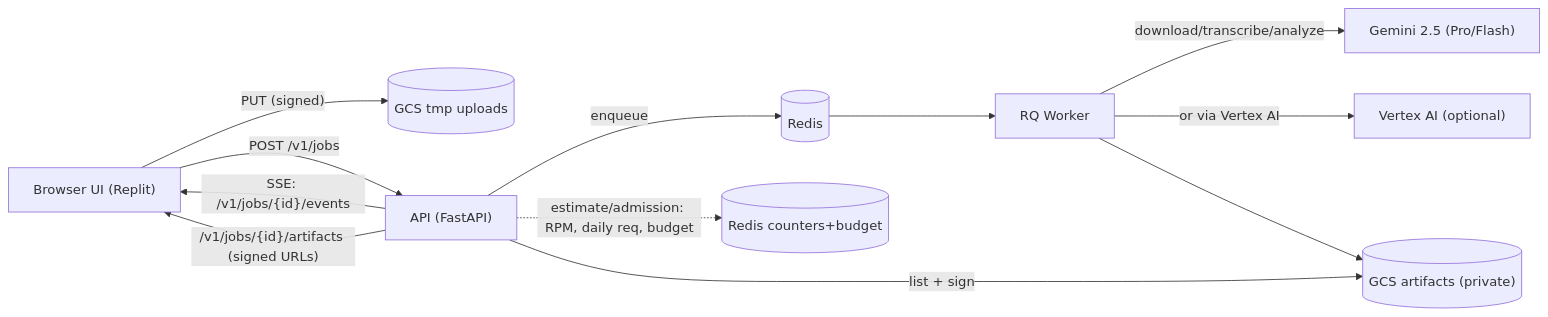
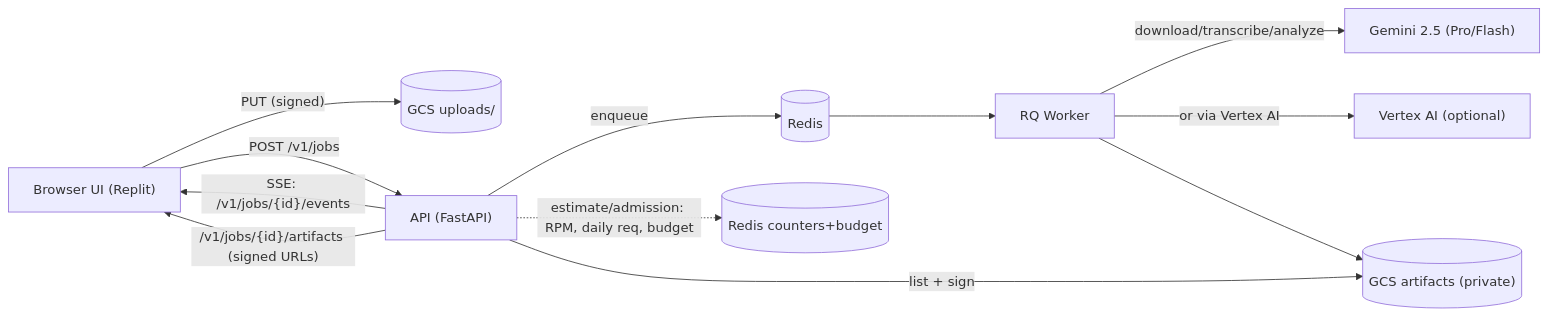
Before and after one commit to bubroz/clipscribe: the diagram in docs/architecture/ARCHITECTURE_DIAGRAM.md, drawn with Mermaid. The commit also changed 3 other files, not shown here.

Commit message:
docs: reflect HOST default and uploads/ prefix; add Replit Project Guide; update docs index

````diff
--- a/docs/architecture/ARCHITECTURE_DIAGRAM.md
+++ b/docs/architecture/ARCHITECTURE_DIAGRAM.md
@@ -7,18 +7,18 @@
 ```mermaid
 flowchart LR
-  B["Browser UI (Replit)"] -- "PUT (signed)" --> T[("GCS tmp uploads")]
+  B["Browser UI (Replit)"] -- "PUT (signed)" --> T[("GCS uploads/")]
   B -- "POST /v1/jobs" --> A["API (FastAPI)"]
   A -- "SSE: /v1/jobs/{id}/events" --> B
   A -- "/v1/jobs/{id}/artifacts (signed URLs)" --> B
 
   A -- "enqueue" --> R[("Redis")]
   R --> W["RQ Worker"]
 
   W -- "download/transcribe/analyze" --> GMI["Gemini 2.5 (Pro/Flash)"]
   W -- "or via Vertex AI" --> V["Vertex AI (optional)"]
 
   W --> GA[("GCS artifacts (private)")]
   A -- "list + sign" --> GA
 
   A -. "estimate/admission: RPM, daily req, budget" .-> RC[("Redis counters+budget")]
 ```
````
